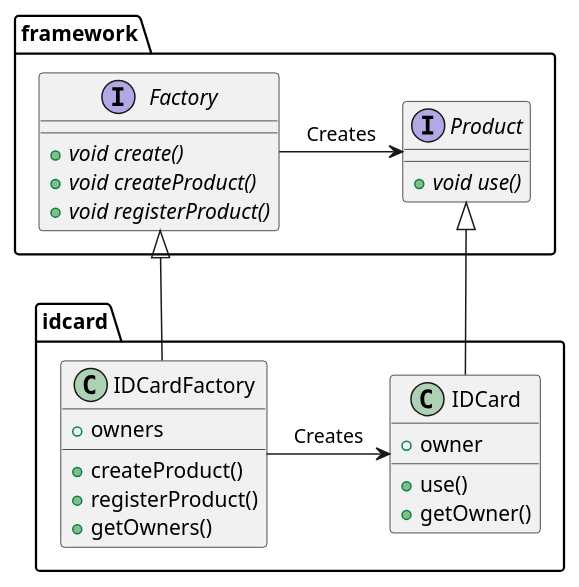
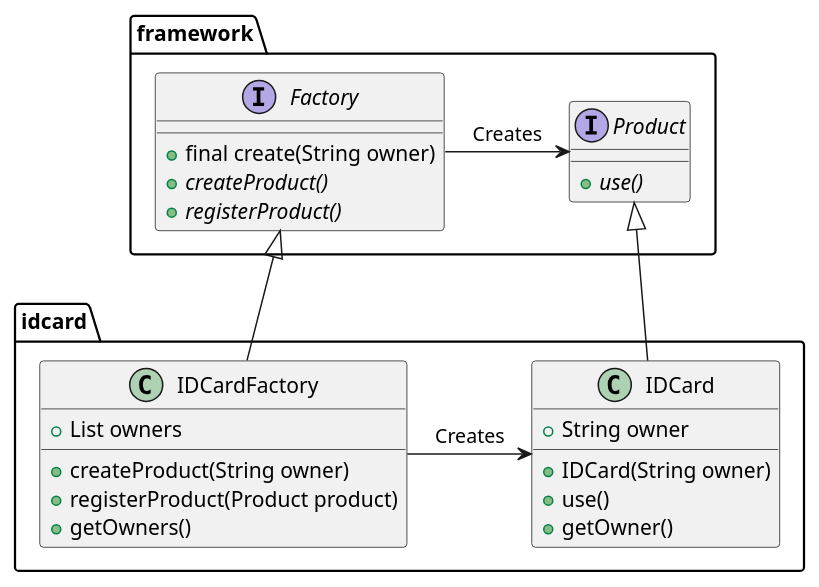
Before and after one commit to ku2ma2/design_pattern: the diagram in Factory/README.md, drawn with PlantUML.

Commit message:
Implove README in FactoryMethod

````diff
--- a/Factory/README.md
+++ b/Factory/README.md
@@ -4,38 +4,39 @@
 ```uml
 @startuml
 
 package framework {
     interface Factory {
-        {abstract} +void create()
-        {abstract} +void createProduct()
-        {abstract} +void registerProduct()
+        +final create(String owner)
+        {abstract} +createProduct()
+        {abstract} +registerProduct()
     }
     interface Product {
-        {abstract} +void use()
+        {abstract} +use()
     }
 }
 
 package idcard {
 
     class IDCardFactory {
-        +owners
-        +createProduct()
-        +registerProduct()
+        +List owners
+        +createProduct(String owner)
+        +registerProduct(Product product)
         +getOwners()
     }
 
     class IDCard {
-        +owner
+        +String owner
+        +IDCard(String owner)
         +use()
         +getOwner()
     }
 }
 
 
 Factory -right-> Product: Creates
 IDCardFactory -up-|> Factory
 IDCardFactory -right-> IDCard: Creates
 IDCard -up-|> Product
 
 @enduml
 ```
````
